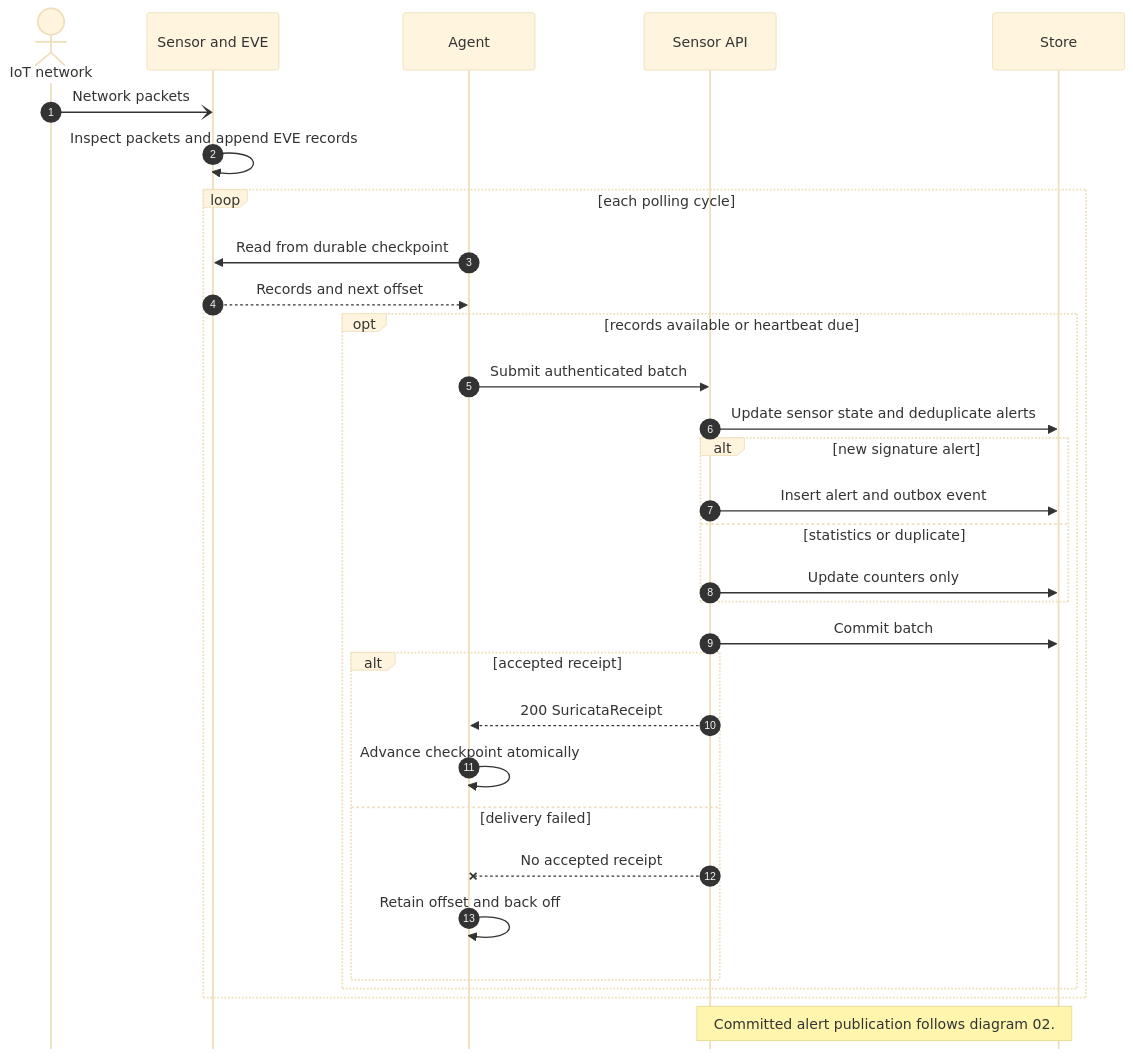
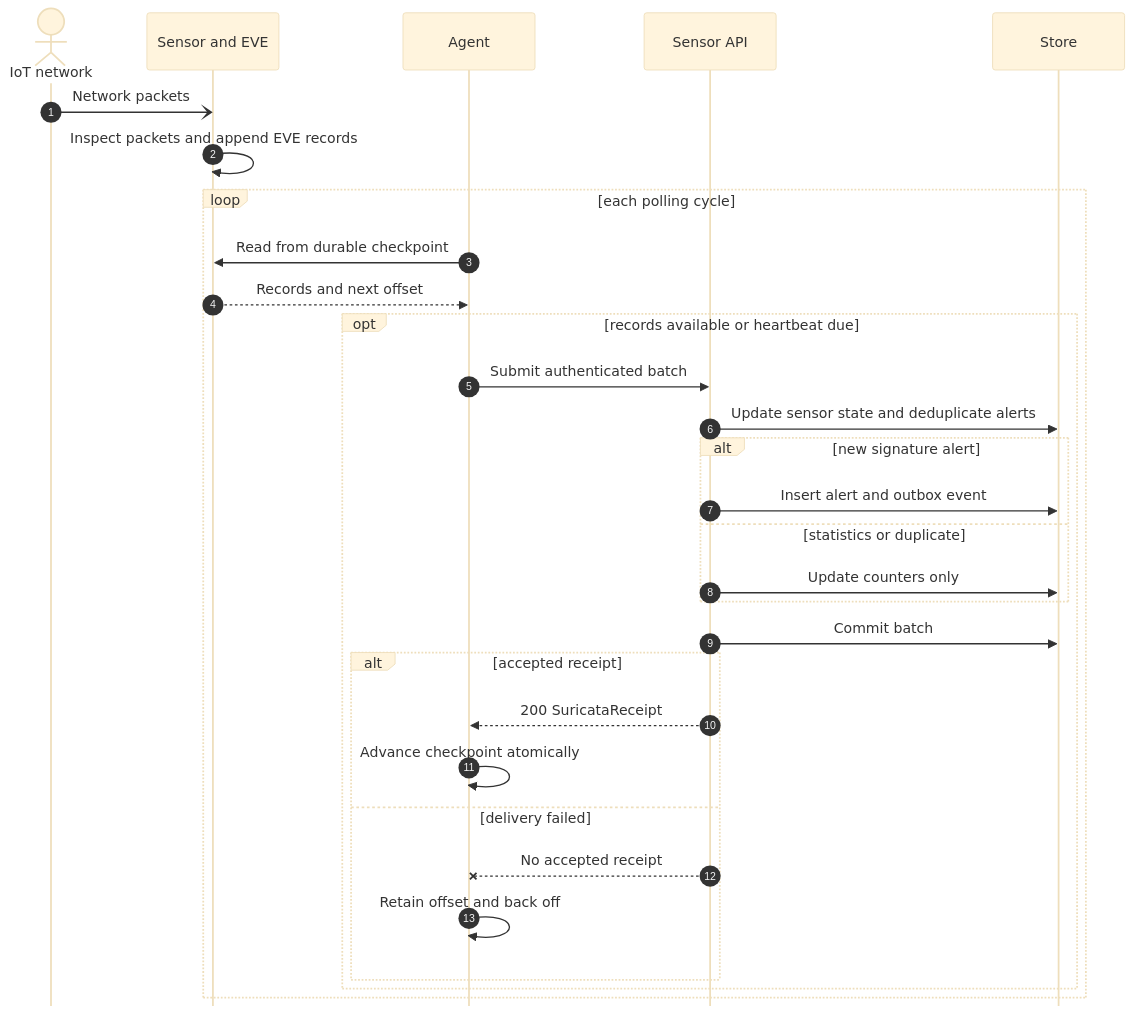
One commit to ZakariaElKhaldi/4iir-sr changed the diagram in diagrams/10-suricata-sensor-sequence.mmd. Above: the diagram before and after it, drawn with Mermaid (base theme). The commit also changed 53 other files, not shown here.

```diff
--- a/diagrams/10-suricata-sensor-sequence.mmd
+++ b/diagrams/10-suricata-sensor-sequence.mmd
@@ -1,41 +1,39 @@
 ---
 config:
   sequence:
     mirrorActors: false
     actorMargin: 30
     messageMargin: 25
 ---
 sequenceDiagram
     autonumber
     actor Network as IoT network
     participant Sensor as Sensor and EVE
     participant Agent as Agent
     participant API as Sensor API
     participant DB as Store
 
     Network-)Sensor: Network packets
     Sensor->>Sensor: Inspect packets and append EVE records
 
     loop each polling cycle
         Agent->>Sensor: Read from durable checkpoint
         Sensor-->>Agent: Records and next offset
         opt records available or heartbeat due
             Agent->>API: Submit authenticated batch
             API->>DB: Update sensor state and deduplicate alerts
             alt new signature alert
                 API->>DB: Insert alert and outbox event
             else statistics or duplicate
                 API->>DB: Update counters only
             end
             API->>DB: Commit batch
             alt accepted receipt
                 API-->>Agent: 200 SuricataReceipt
                 Agent->>Agent: Advance checkpoint atomically
             else delivery failed
                 API--xAgent: No accepted receipt
                 Agent->>Agent: Retain offset and back off
             end
         end
     end
-
-    note over API,DB: Committed alert publication follows diagram 02.
```
